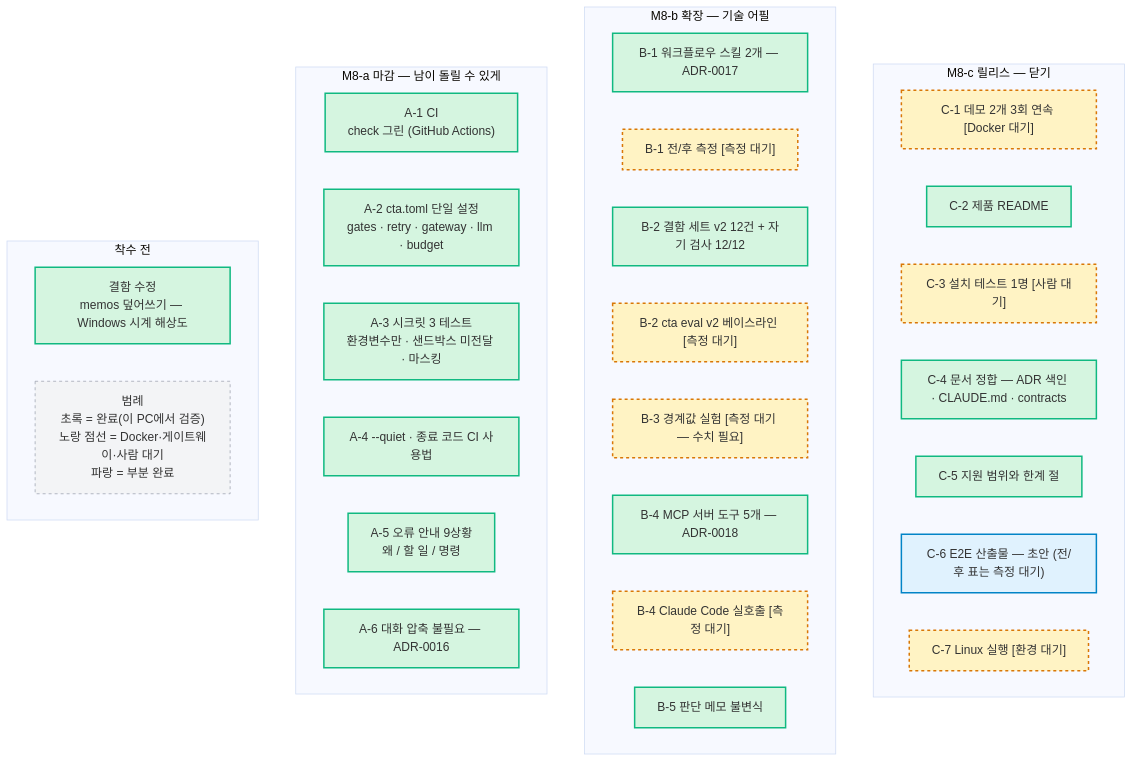
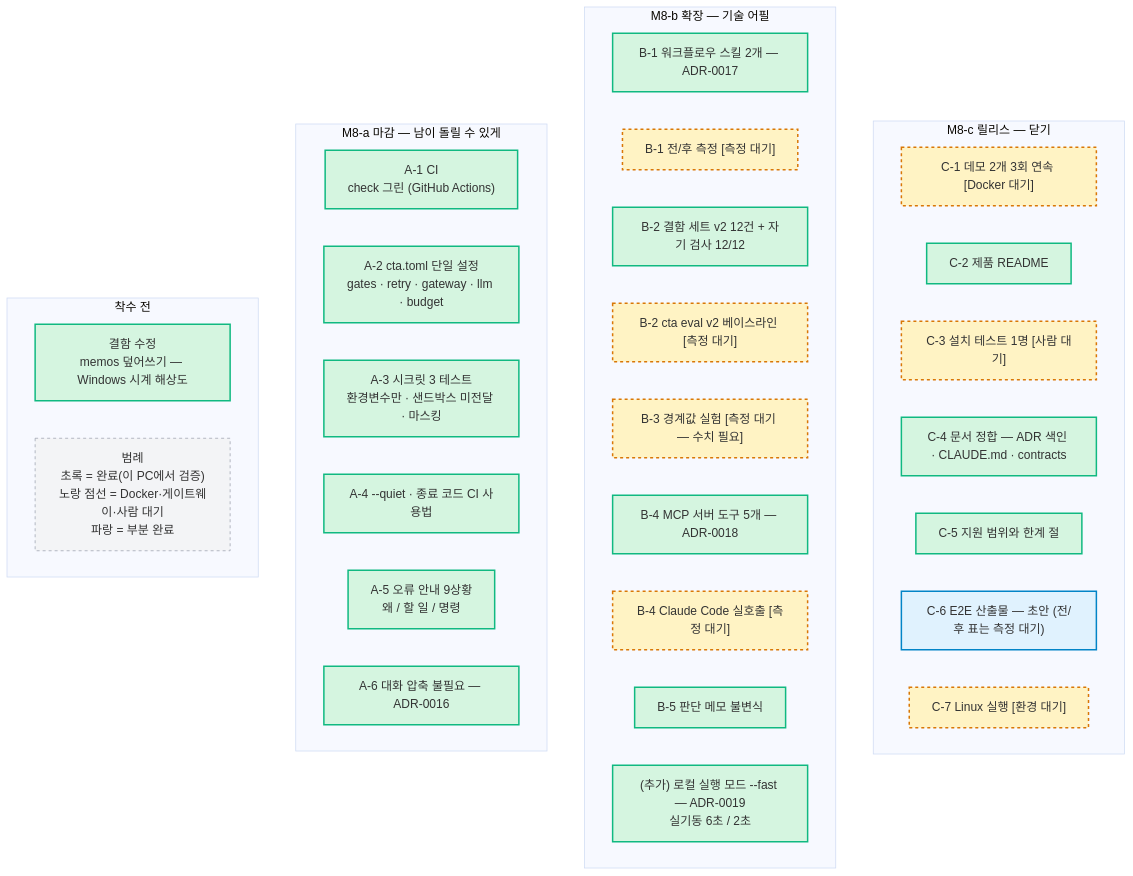
The diagram in docs/제출자료/diagrams/e2e-status.mmd (parksanghyeop/skax-master-project), drawn with Mermaid (base theme) before and after one commit. The commit also changed 8 other files, not shown here.

```diff
--- a/docs/제출자료/diagrams/e2e-status.mmd
+++ b/docs/제출자료/diagrams/e2e-status.mmd
@@ -1,48 +1,49 @@
 flowchart TB
     subgraph C["M8-c 릴리스 — 닫기"]
         direction LR
         C1["C-1 데모 2개 3회 연속 [Docker 대기]"]
         C2["C-2 제품 README"]
         C3["C-3 설치 테스트 1명 [사람 대기]"]
         C4["C-4 문서 정합 — ADR 색인 · CLAUDE.md · contracts"]
         C5["C-5 지원 범위와 한계 절"]
         C6["C-6 E2E 산출물 — 초안 (전/후 표는 측정 대기)"]
         C7["C-7 Linux 실행 [환경 대기]"]
     end
 
     subgraph B["M8-b 확장 — 기술 어필"]
         direction LR
         B1["B-1 워크플로우 스킬 2개 — ADR-0017"]
         B1m["B-1 전/후 측정 [측정 대기]"]
         B2["B-2 결함 세트 v2 12건 + 자기 검사 12/12"]
         B2m["B-2 cta eval v2 베이스라인 [측정 대기]"]
         B3["B-3 경계값 실험 [측정 대기 — 수치 필요]"]
         B4["B-4 MCP 서버 도구 5개 — ADR-0018"]
         B4m["B-4 Claude Code 실호출 [측정 대기]"]
         B5["B-5 판단 메모 불변식"]
+        BX["(추가) 로컬 실행 모드 --fast — ADR-0019<br/>실기동 6초 / 2초"]
     end
 
     subgraph A["M8-a 마감 — 남이 돌릴 수 있게"]
         direction LR
         A1["A-1 CI<br/>check 그린 (GitHub Actions)"]
         A2["A-2 cta.toml 단일 설정<br/>gates · retry · gateway · llm · budget"]
         A3["A-3 시크릿 3 테스트<br/>환경변수만 · 샌드박스 미전달 · 마스킹"]
         A4["A-4 --quiet · 종료 코드 CI 사용법"]
         A5["A-5 오류 안내 9상황<br/>왜 / 할 일 / 명령"]
         A6["A-6 대화 압축 불필요 — ADR-0016"]
     end
 
     subgraph Z["착수 전"]
         direction LR
         FIX0["결함 수정<br/>memos 덮어쓰기 — Windows 시계 해상도"]
         LEGEND["범례<br/>초록 = 완료(이 PC에서 검증)<br/>노랑 점선 = Docker·게이트웨이·사람 대기<br/>파랑 = 부분 완료"]
     end
 
     classDef done fill:#d5f5e0,stroke:#10b981,stroke-width:2px
     classDef wait fill:#fff3c4,stroke:#d97706,stroke-width:2px,stroke-dasharray: 4 4
     classDef partial fill:#e0f2fe,stroke:#0284c7,stroke-width:2px
     classDef dim fill:#f3f4f6,stroke:#9ca3af,stroke-dasharray: 4 4
-    class FIX0,A1,A2,A3,A4,A5,A6,B1,B2,B4,B5,C2,C4,C5 done
+    class FIX0,A1,A2,A3,A4,A5,A6,B1,B2,B4,B5,BX,C2,C4,C5 done
     class B1m,B2m,B3,B4m,C1,C3,C7 wait
     class C6 partial
     class LEGEND dim
```
